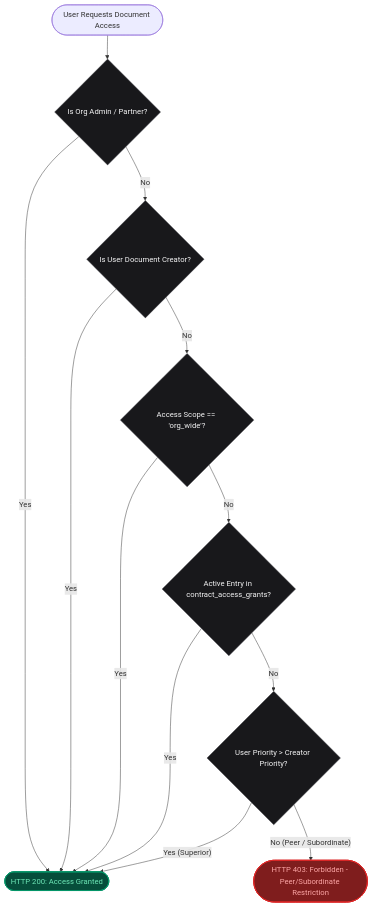
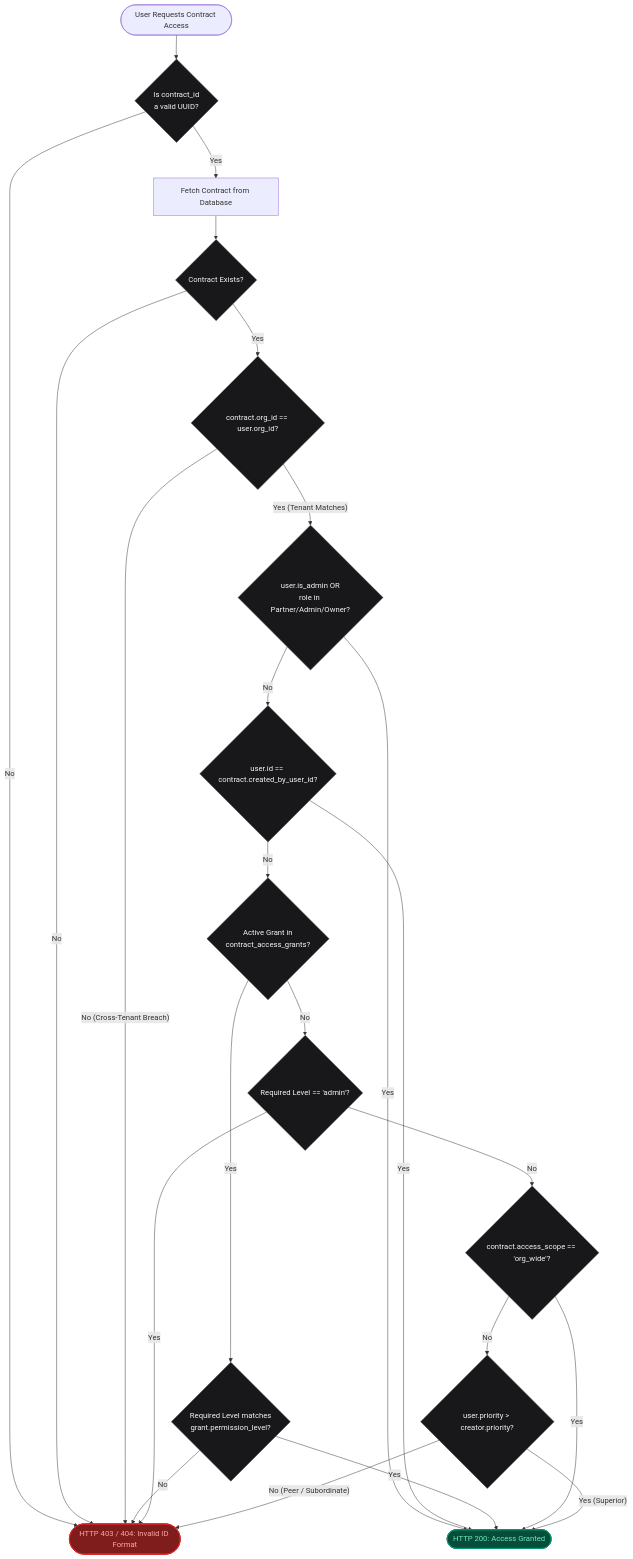
The third of 8 diagrams in ARCHITECTURE.md (gagan-devv/docusage), drawn with Mermaid before and after one commit. The commit also changed other lines of this file and 1 other file, not shown here.

First line of the commit message:
docs: comprehensive overhaul of README and ARCHITECTURE to reflect current functionality

````diff
--- a/ARCHITECTURE.md
+++ b/ARCHITECTURE.md
@@ -108,26 +190,41 @@
 ```mermaid
 flowchart TD
-    req([User Requests Document Access]) --> isAdmin{Is Org Admin / Partner?}
-    isAdmin -- Yes --> allow([HTTP 200: Access Granted])
-    isAdmin -- No --> isCreator{Is User Document Creator?}
+    Start([User Requests Contract Access]) --> ValidUUID{Is contract_id<br/>a valid UUID?}
+    ValidUUID -- No --> Deny403([HTTP 403 / 404: Invalid ID Format])
+    ValidUUID -- Yes --> FetchContract[Fetch Contract from Database]
     
-    isCreator -- Yes --> allow
-    isCreator -- No --> isOrgWide{Access Scope == 'org_wide'?}
+    FetchContract --> ContractExists{Contract Exists?}
+    ContractExists -- No --> Deny403
+    ContractExists -- Yes --> CheckTenant{contract.org_id == user.org_id?}
     
-    isOrgWide -- Yes --> allow
-    isOrgWide -- No --> hasGrant{Active Entry in contract_access_grants?}
+    CheckTenant -- No (Cross-Tenant Breach) --> Deny403
+    CheckTenant -- Yes (Tenant Matches) --> IsAdmin{user.is_admin OR<br/>role in Partner/Admin/Owner?}
     
-    hasGrant -- Yes --> allow
-    hasGrant -- No --> checkSeniority{User Priority > Creator Priority?}
+    IsAdmin -- Yes --> Allow([HTTP 200: Access Granted])
+    IsAdmin -- No --> IsCreator{user.id == contract.created_by_user_id?}
     
-    checkSeniority -- Yes (Superior) --> allow
-    checkSeniority -- No (Peer / Subordinate) --> deny([HTTP 403: Forbidden - Peer/Subordinate Restriction])
+    IsCreator -- Yes --> Allow
+    IsCreator -- No --> CheckGrant{Active Grant in<br/>contract_access_grants?}
+    
+    CheckGrant -- Yes --> GrantLevel{Required Level matches<br/>grant.permission_level?}
+    GrantLevel -- Yes --> Allow
+    GrantLevel -- No --> Deny403
+    
+    CheckGrant -- No --> ReqAdmin{Required Level == 'admin'?}
+    ReqAdmin -- Yes --> Deny403
+    ReqAdmin -- No --> ScopeOrgWide{contract.access_scope == 'org_wide'?}
+    
+    ScopeOrgWide -- Yes --> Allow
+    ScopeOrgWide -- No --> SeniorityCheck{user.priority > creator.priority?}
+    
+    SeniorityCheck -- Yes (Superior) --> Allow
+    SeniorityCheck -- No (Peer / Subordinate) --> Deny403
 
     classDef allowStyle fill:#064e3b,stroke:#059669,stroke-width:2px,color:#6ee7b7;
     classDef denyStyle fill:#7f1d1d,stroke:#dc2626,stroke-width:2px,color:#fca5a5;
     classDef decisionStyle fill:#18181b,stroke:#3f3f46,stroke-width:1px,color:#f4f4f5;
 
-    class allow allowStyle;
-    class deny denyStyle;
-    class isAdmin,isCreator,isOrgWide,hasGrant,checkSeniority decisionStyle;
+    class Allow allowStyle;
+    class Deny403 denyStyle;
+    class ValidUUID,ContractExists,CheckTenant,IsAdmin,IsCreator,CheckGrant,GrantLevel,ReqAdmin,ScopeOrgWide,SeniorityCheck decisionStyle;
 ```
````
